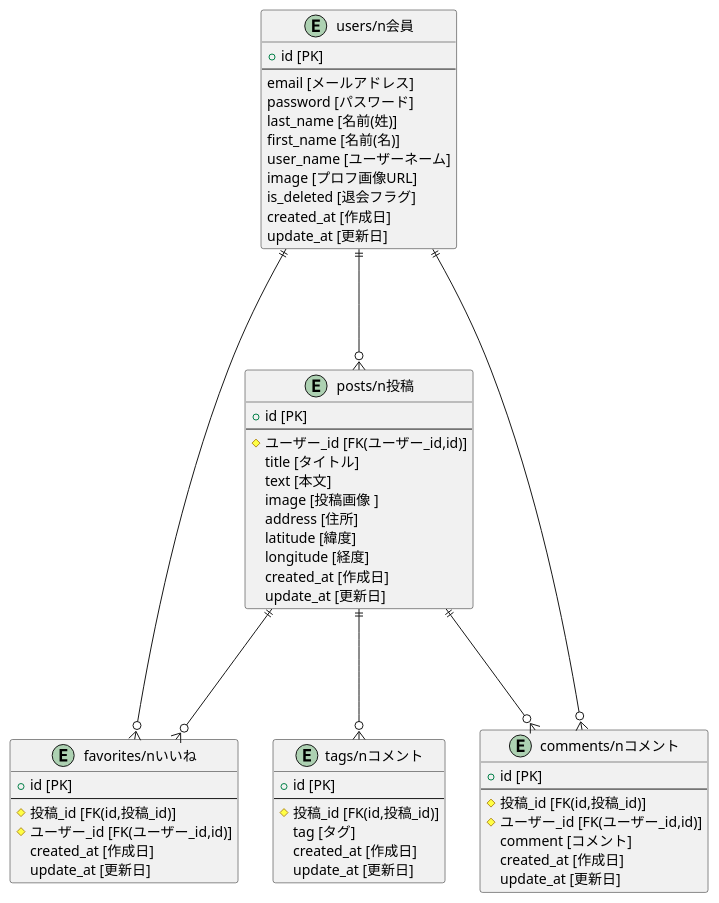
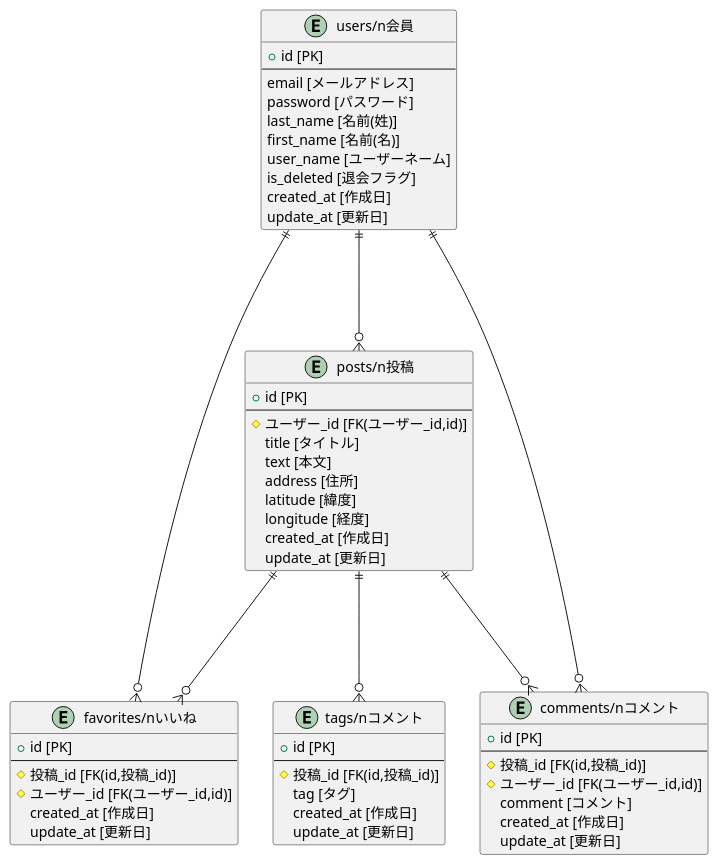
One commit to herojejung/Ours changed the diagram in README.md. Above: the diagram before and after it, drawn with PlantUML.

Commit message:
[update]ER図編集

````diff
--- a/README.md
+++ b/README.md
@@ -46,61 +46,59 @@
 ```puml
 @startuml
 entity users as "users/n会員" {
   + id [PK]
   --
 email [メールアドレス]
 password [パスワード]
 last_name [名前(姓)]
 first_name [名前(名)]
 user_name [ユーザーネーム]
-image [プロフ画像URL]
 is_deleted [退会フラグ]
 created_at [作成日]
 update_at [更新日]
 }
 entity posts as "posts/n投稿" {
   + id [PK]
   --
 # ユーザー_id [FK(ユーザー_id,id)]
 title [タイトル]
 text [本文]
-image [投稿画像 ]
 address [住所]
 latitude [緯度]
 longitude [経度]
 created_at [作成日]
 update_at [更新日]
 }
 entity tags as "tags/nコメント" {
   + id [PK]
   --
 # 投稿_id [FK(id,投稿_id)]
 tag [タグ]
 created_at [作成日]
 update_at [更新日]
 }
 entity comments as "comments/nコメント" {
   + id [PK]
   --
 # 投稿_id [FK(id,投稿_id)]
 # ユーザー_id [FK(ユーザー_id,id)]
 comment [コメント]
 created_at [作成日]
 update_at [更新日]
 }
 entity favorites as "favorites/nいいね" {
   + id [PK]
   --
 # 投稿_id [FK(id,投稿_id)]
 # ユーザー_id [FK(ユーザー_id,id)]
 created_at [作成日]
 update_at [更新日]
 }
 users ||-d--o{ posts
 posts ||-d--o{tags
 users ||-d--o{ comments
 users ||-d--o{ favorites
 posts ||-d--o{ comments
 posts ||-d--o{ favorites
 @enduml
 ```
````
